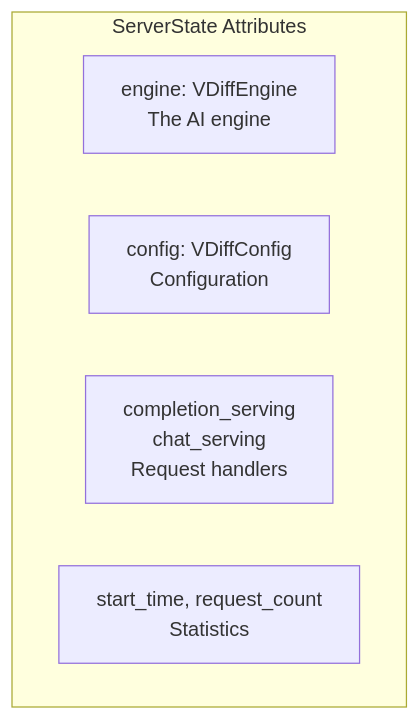
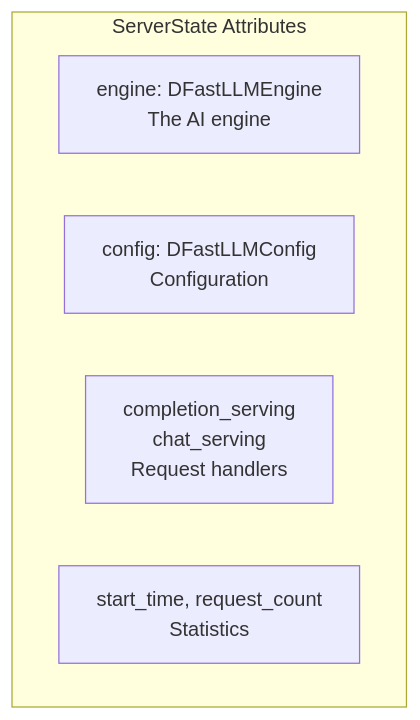
The third of 16 diagrams in docs/dev-doc/10-code-walkthrough.md (mwaykole/vdiff), drawn with Mermaid before and after one commit. The commit also changed other lines of this file and 53 other files, not shown here.

````diff
--- a/docs/dev-doc/10-code-walkthrough.md
+++ b/docs/dev-doc/10-code-walkthrough.md
@@ -109,9 +109,9 @@
 ```mermaid
 flowchart TB
     subgraph ServerState["ServerState Attributes"]
-        ENGINE["engine: VDiffEngine<br/>The AI engine"]
-        CONFIG["config: VDiffConfig<br/>Configuration"]
+        ENGINE["engine: DFastLLMEngine<br/>The AI engine"]
+        CONFIG["config: DFastLLMConfig<br/>Configuration"]
         SERVING["completion_serving<br/>chat_serving<br/>Request handlers"]
         STATS["start_time, request_count<br/>Statistics"]
     end
 ```
````
